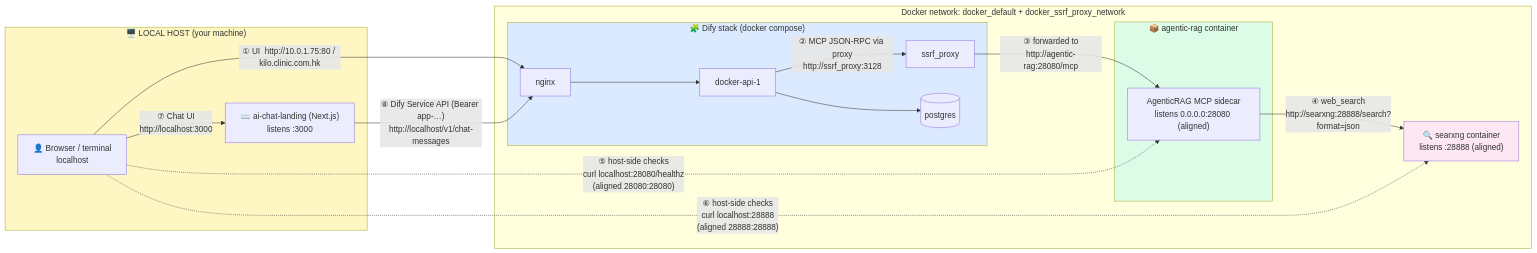
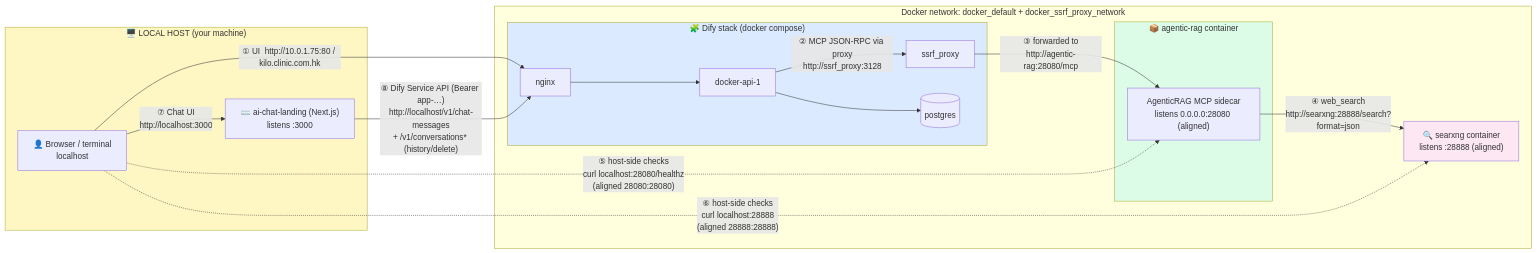
The diagram in docs/NETWORK.md (rlaisw/AGIAssistant), drawn with Mermaid before and after one commit. The commit also changed other lines of this file and 7 other files, not shown here.

````diff
--- a/docs/NETWORK.md
+++ b/docs/NETWORK.md
@@ -7,39 +7,39 @@
 ```mermaid
 flowchart LR
     subgraph HOST["🖥️ LOCAL HOST (your machine)"]
         BROWSER["👤 Browser / terminal<br/>localhost"]
         CHATUI["⌨️ ai-chat-landing (Next.js)<br/>listens :3000"]
     end
 
     subgraph DIFYNET["Docker network: docker_default + docker_ssrf_proxy_network"]
         subgraph DIFY["🧩 Dify stack (docker compose)"]
             NGINX["nginx"]
             API["docker-api-1"]
             SSRF["ssrf_proxy"]
             PG[("postgres")]
         end
 
         subgraph RAG["📦 agentic-rag container"]
             SIDECAR["AgenticRAG MCP sidecar<br/>listens 0.0.0.0:28080 (aligned)"]
         end
 
         SEARXNG["🔍 searxng container<br/>listens :28888 (aligned)"]
     end
 
     BROWSER -- "① UI  http://10.0.1.75:80 / kilo.clinic.com.hk" --> NGINX
     NGINX --> API
     API --> PG
     API -- "② MCP JSON-RPC via proxy<br/>http://ssrf_proxy:3128" --> SSRF
     SSRF -- "③ forwarded to<br/>http://agentic-rag:28080/mcp" --> SIDECAR
     SIDECAR -- "④ web_search<br/>http://searxng:28888/search?format=json" --> SEARXNG
 
     BROWSER -. "⑤ host-side checks<br/>curl localhost:28080/healthz<br/>(aligned 28080:28080)" .-> SIDECAR
     BROWSER -. "⑥ host-side checks<br/>curl localhost:28888<br/>(aligned 28888:28888)" .-> SEARXNG
     BROWSER -- "⑦ Chat UI<br/>http://localhost:3000" --> CHATUI
-    CHATUI -- "⑧ Dify Service API (Bearer app-…)<br/>http://localhost/v1/chat-messages" --> NGINX
+    CHATUI -- "⑧ Dify Service API (Bearer app-…)<br/>http://localhost/v1/chat-messages<br/>+ /v1/conversations* (history/delete)" --> NGINX
 
     style HOST fill:#fef7c3
     style DIFY fill:#dbeafe
     style RAG fill:#dcfce7
     style SEARXNG fill:#fce7f3
 ```
````
